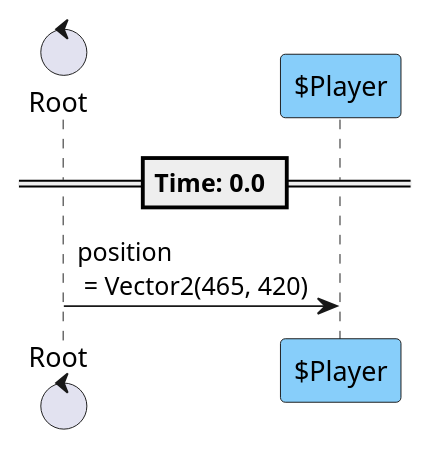
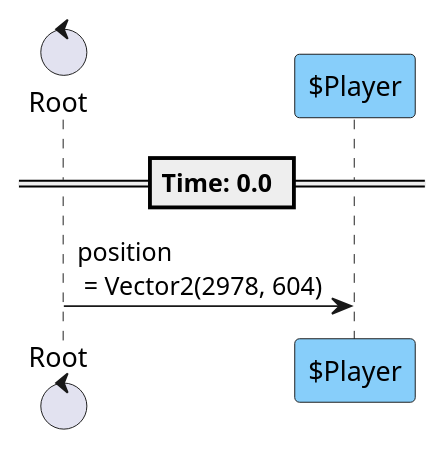
Before and after one commit to tkmfujise/Platformer-Game-Learning: the second of 8 diagrams in content/scenes/src/chapters/0/stages/0/stage_0.tscn.adoc, drawn with PlantUML. The commit also changed other lines of this file and 230 other files, not shown here.

```diff
--- a/content/scenes/src/chapters/0/stages/0/stage_0.tscn.adoc
+++ b/content/scenes/src/chapters/0/stages/0/stage_0.tscn.adoc
@@ -307,12 +309,12 @@
 [plantuml]
 ....
 control "Root" as R
 participant "$Player" as T0 #87CEFA
 
 
 
 == Time: 0.0 ==
-R  ->  T0 : position\n = Vector2(465, 420)
+R  ->  T0 : position\n = Vector2(2978, 604)
 
 
 ....
```
